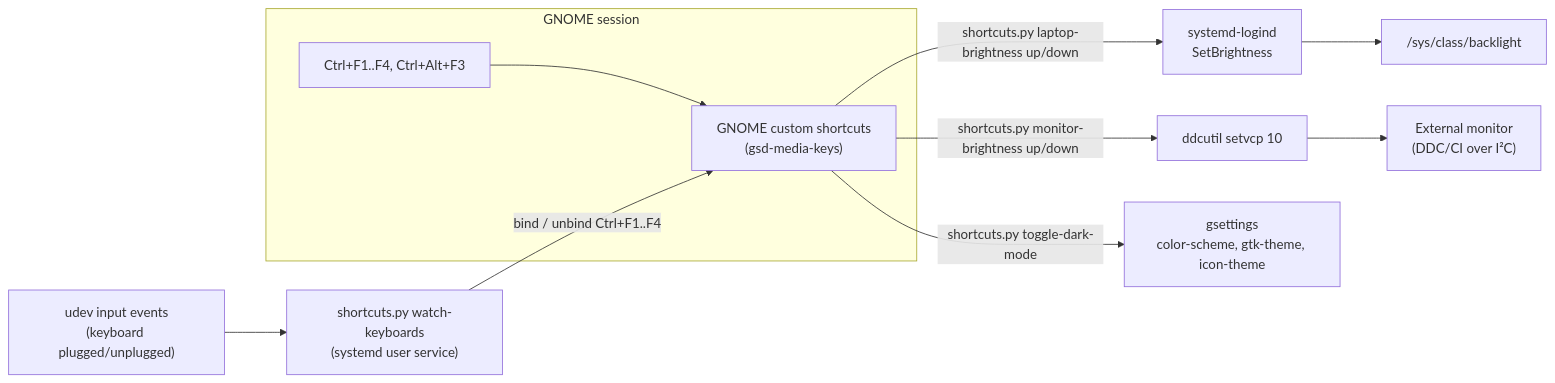
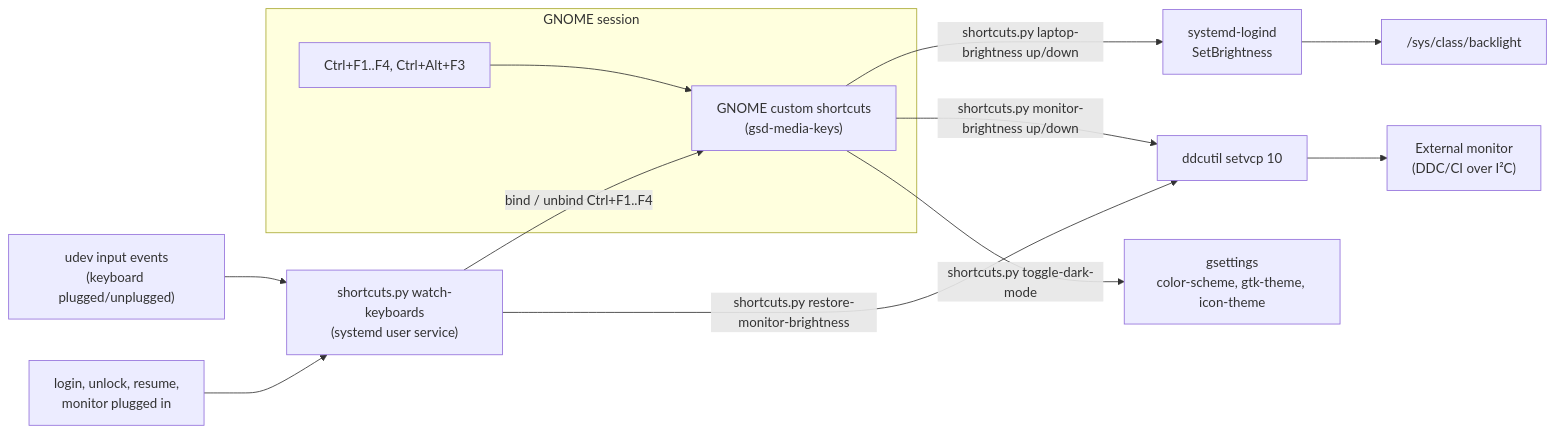
One commit to Toldry/ToldryKeyboardShortcuts changed the diagram in UBUNTU_PORT_GUIDE.md. Above: the diagram before and after it, drawn with Mermaid. The commit also changed other lines of this file and 4 other files, not shown here.

````diff
--- a/UBUNTU_PORT_GUIDE.md
+++ b/UBUNTU_PORT_GUIDE.md
@@ -27,11 +27,13 @@
 ```mermaid
 flowchart LR
     subgraph GNOME session
         keys["Ctrl+F1..F4, Ctrl+Alt+F3"] --> gsd["GNOME custom shortcuts<br/>(gsd-media-keys)"]
     end
     gsd -->|"shortcuts.py laptop-brightness up/down"| logind["systemd-logind<br/>SetBrightness"] --> backlight["/sys/class/backlight"]
     gsd -->|"shortcuts.py monitor-brightness up/down"| ddcutil["ddcutil setvcp 10"] --> monitor["External monitor<br/>(DDC/CI over I²C)"]
     gsd -->|"shortcuts.py toggle-dark-mode"| gsettings["gsettings<br/>color-scheme, gtk-theme, icon-theme"]
     udev["udev input events<br/>(keyboard plugged/unplugged)"] --> watcher["shortcuts.py watch-keyboards<br/>(systemd user service)"]
     watcher -->|"bind / unbind Ctrl+F1..F4"| gsd
+    events["login, unlock, resume,<br/>monitor plugged in"] --> watcher
+    watcher -->|"shortcuts.py restore-monitor-brightness"| ddcutil
 ```
````
